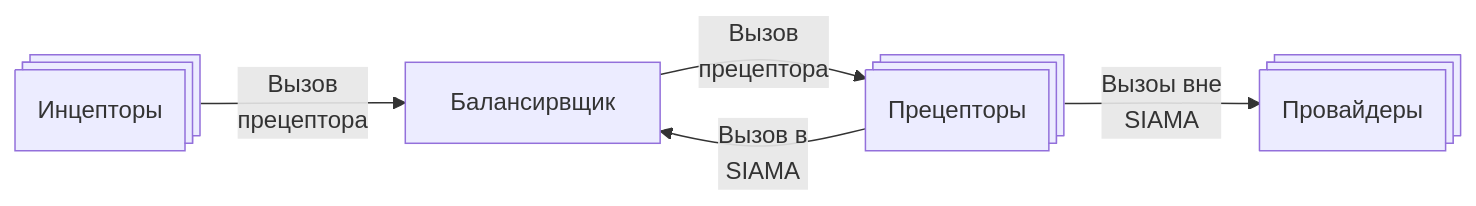
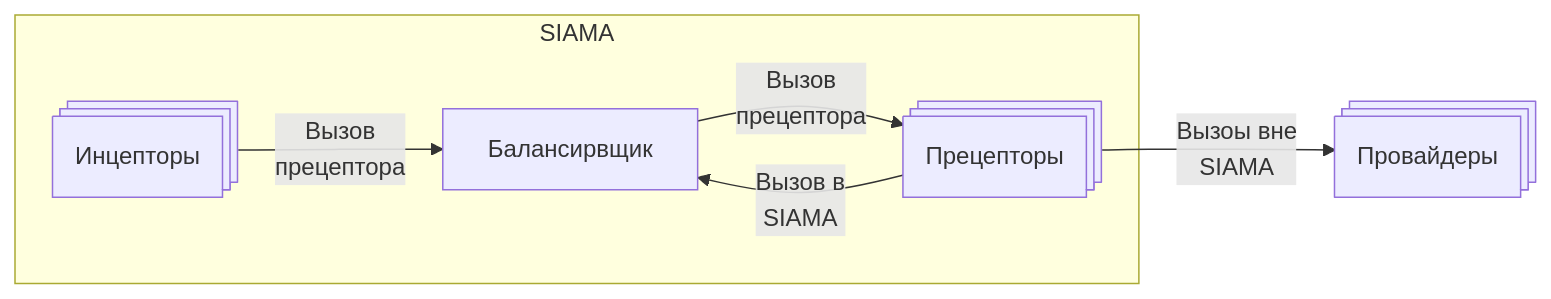
The fourth of 5 diagrams in ru/siama.md (johnthesmith/scraps), drawn with Mermaid before and after one commit.

````diff
--- a/ru/siama.md
+++ b/ru/siama.md
@@ -110,13 +110,16 @@
 ```mermaid
 flowchart LR
 
-    balancer_inner[ Балансирвщик ]
-    inceptor([Инцепторы])@{ shape: processes }
+    subgraph SIAMA
+        balancer_inner[ Балансирвщик ]
+        inceptor([Инцепторы])@{ shape: processes }
+        preceptor([Прецепторы])@{ shape: processes }
+    end
+
     provider([Провайдеры])@{ shape: processes }
-    preceptor([Прецепторы])@{ shape: processes }
 
     inceptor --> |Вызов <br> прецептора| balancer_inner
     balancer_inner --> |Вызов <br> прецептора| preceptor
     preceptor --> |Вызов в<br> SIAMA| balancer_inner
     preceptor --> |Вызоы вне<br> SIAMA| provider
 ```
````
